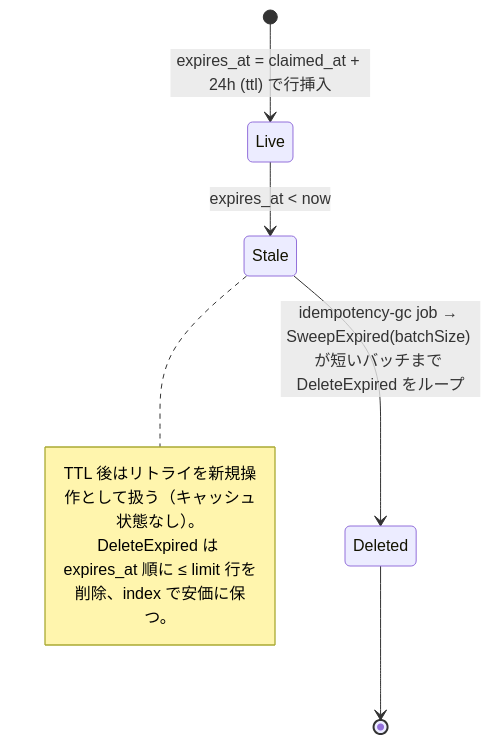
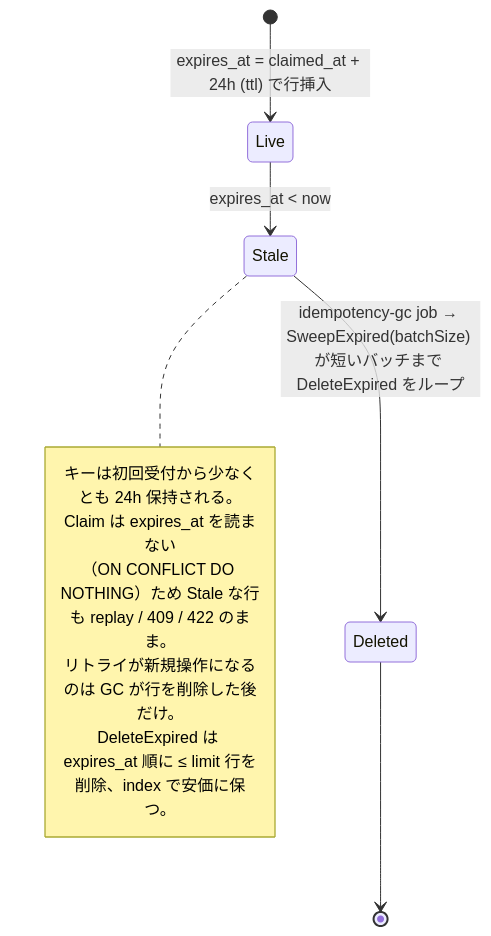
The third of 6 diagrams in docs/design/idempotency.ja.md (Tomy-ch/go-boilerplate), drawn with Mermaid before and after one commit. The commit also changed other lines of this file and 7 other files, not shown here.

````diff
--- a/docs/design/idempotency.ja.md
+++ b/docs/design/idempotency.ja.md
@@ -99,12 +99,14 @@
 ```mermaid
 stateDiagram-v2
     [*] --> Live: expires_at = claimed_at + 24h (ttl) で行挿入
     Live --> Stale: expires_at < now
     Stale --> Deleted: idempotency-gc job → SweepExpired(batchSize) が短いバッチまで DeleteExpired をループ
     Deleted --> [*]
 
     note right of Stale
-      TTL 後はリトライを新規操作として扱う（キャッシュ状態なし）。
+      キーは初回受付から少なくとも 24h 保持される。Claim は expires_at を読まない
+      （ON CONFLICT DO NOTHING）ため Stale な行も replay / 409 / 422 のまま。
+      リトライが新規操作になるのは GC が行を削除した後だけ。
       DeleteExpired は expires_at 順に ≤ limit 行を削除、index で安価に保つ。
     end note
 ```
````
